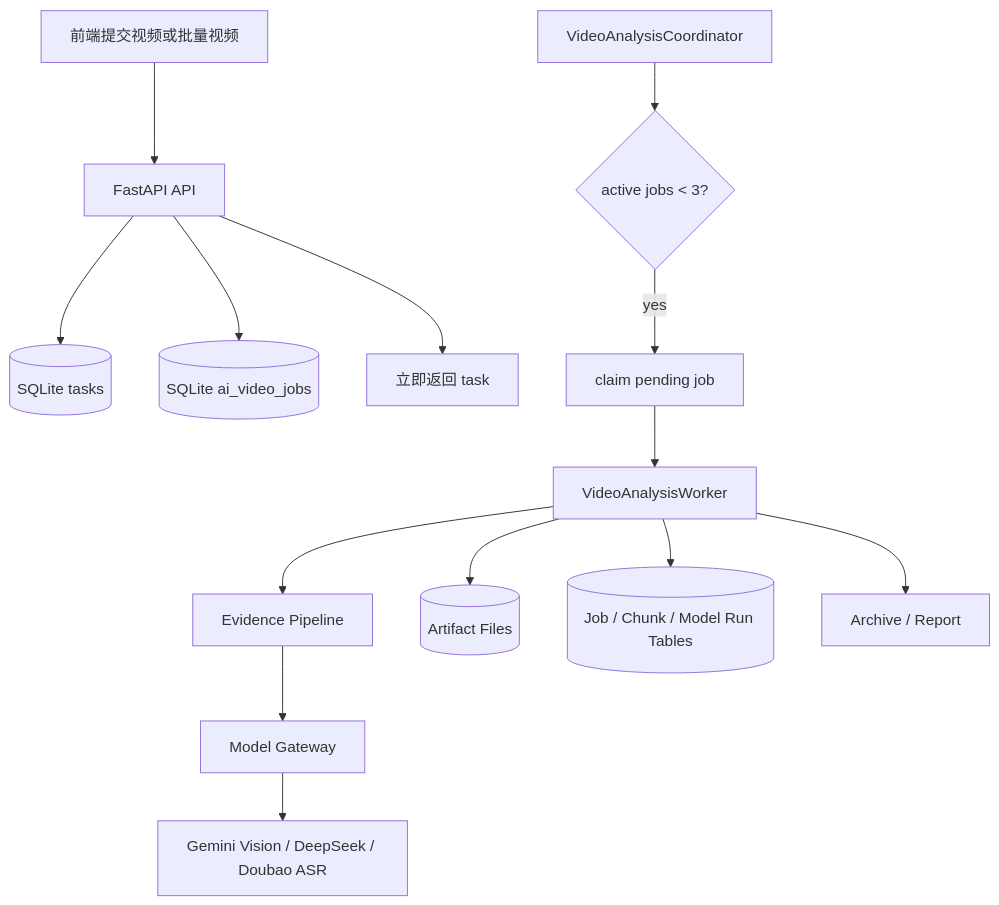
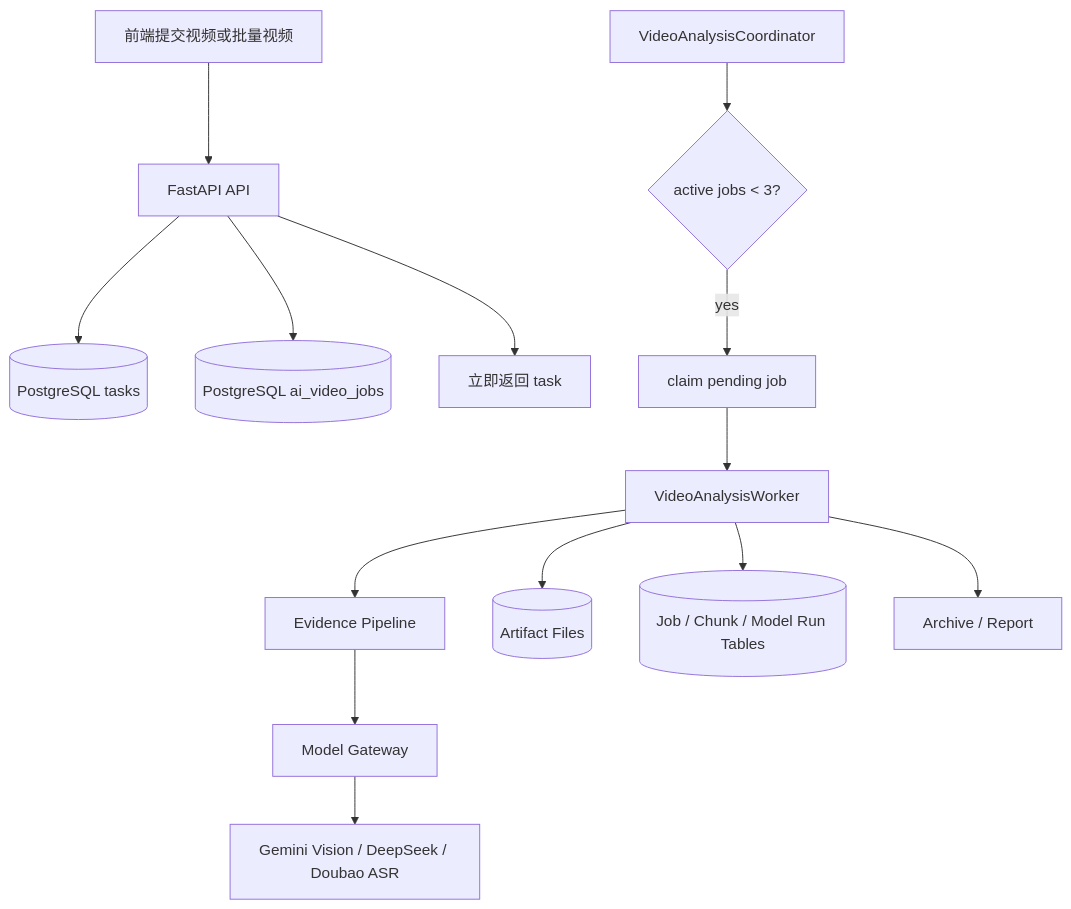
Before and after one commit to lvxiaotu/douyinchaijie: the diagram in docs/ai-video-analysis-concurrency-dev-plan.md, drawn with Mermaid. The commit also changed other lines of this file and 34 other files, not shown here.

````diff
--- a/docs/ai-video-analysis-concurrency-dev-plan.md
+++ b/docs/ai-video-analysis-concurrency-dev-plan.md
@@ -95,17 +95,17 @@
 ```mermaid
 flowchart TD
   A[前端提交视频或批量视频] --> B[FastAPI API]
-  B --> C[(SQLite tasks)]
-  B --> D[(SQLite ai_video_jobs)]
+  B --> C[(PostgreSQL tasks)]
+  B --> D[(PostgreSQL ai_video_jobs)]
   B --> E[立即返回 task]
 
   F[VideoAnalysisCoordinator] --> G{active jobs < 3?}
   G -->|yes| H[claim pending job]
   H --> I[VideoAnalysisWorker]
   I --> J[Evidence Pipeline]
   J --> K[Model Gateway]
   K --> L[Gemini Vision / DeepSeek / Doubao ASR]
   I --> M[(Artifact Files)]
   I --> N[(Job / Chunk / Model Run Tables)]
   I --> O[Archive / Report]
 ```
````
